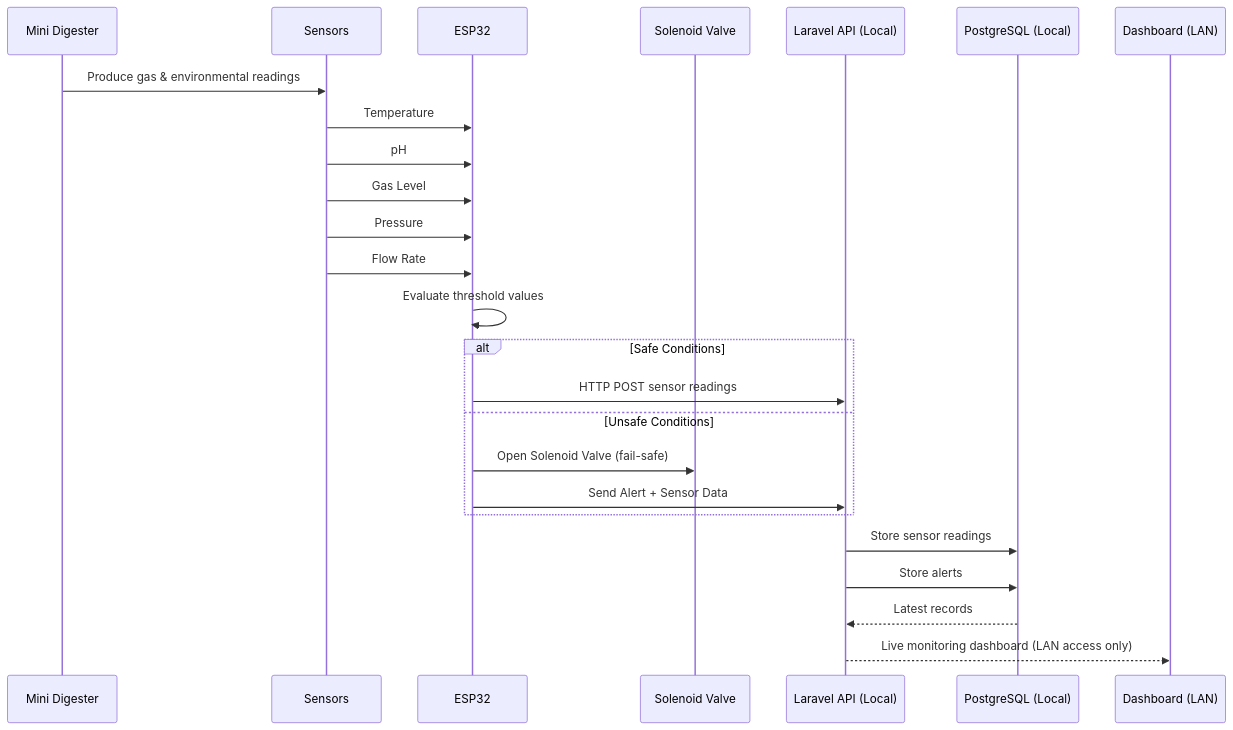
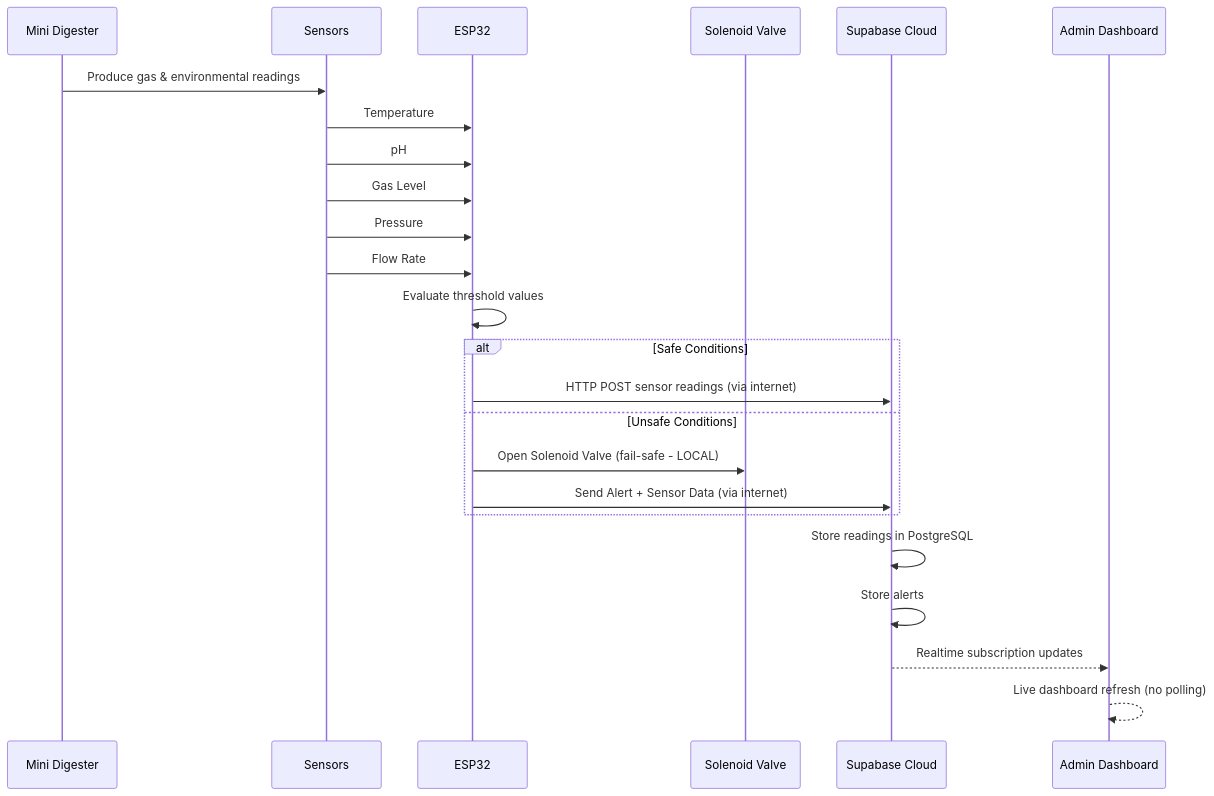
The first of 2 diagrams in documentation/SYSTEM_ARCHITECTURE.MD (lastimosocharls-gif/Project-SULO), drawn with Mermaid before and after one commit. The commit also changed other lines of this file and 2 other files, not shown here.

First line of the commit message:
docs: update architecture to cloud-based Supabase with multi-unit support

````diff
--- a/documentation/SYSTEM_ARCHITECTURE.MD
+++ b/documentation/SYSTEM_ARCHITECTURE.MD
@@ -71,34 +95,33 @@
 ```mermaid
 sequenceDiagram
 
 participant D as Mini Digester
 participant S as Sensors
 participant E as ESP32
 participant V as Solenoid Valve
-participant L as Laravel API (Local)
-participant DB as PostgreSQL (Local)
-participant W as Dashboard (LAN)
+participant C as Supabase Cloud
+participant W as Admin Dashboard
 
 D->>S: Produce gas & environmental readings
 
 S->>E: Temperature
 S->>E: pH
 S->>E: Gas Level
 S->>E: Pressure
 S->>E: Flow Rate
 
 E->>E: Evaluate threshold values
 
 alt Safe Conditions
-    E->>L: HTTP POST sensor readings
+    E->>C: HTTP POST sensor readings (via internet)
 else Unsafe Conditions
-    E->>V: Open Solenoid Valve (fail-safe)
-    E->>L: Send Alert + Sensor Data
+    E->>V: Open Solenoid Valve (fail-safe - LOCAL)
+    E->>C: Send Alert + Sensor Data (via internet)
 end
 
-L->>DB: Store sensor readings
-L->>DB: Store alerts
+C->>C: Store readings in PostgreSQL
+C->>C: Store alerts
 
-DB-->>L: Latest records
-L-->>W: Live monitoring dashboard (LAN access only)
+C-->>W: Realtime subscription updates
+W-->>W: Live dashboard refresh (no polling)
 ```
````
